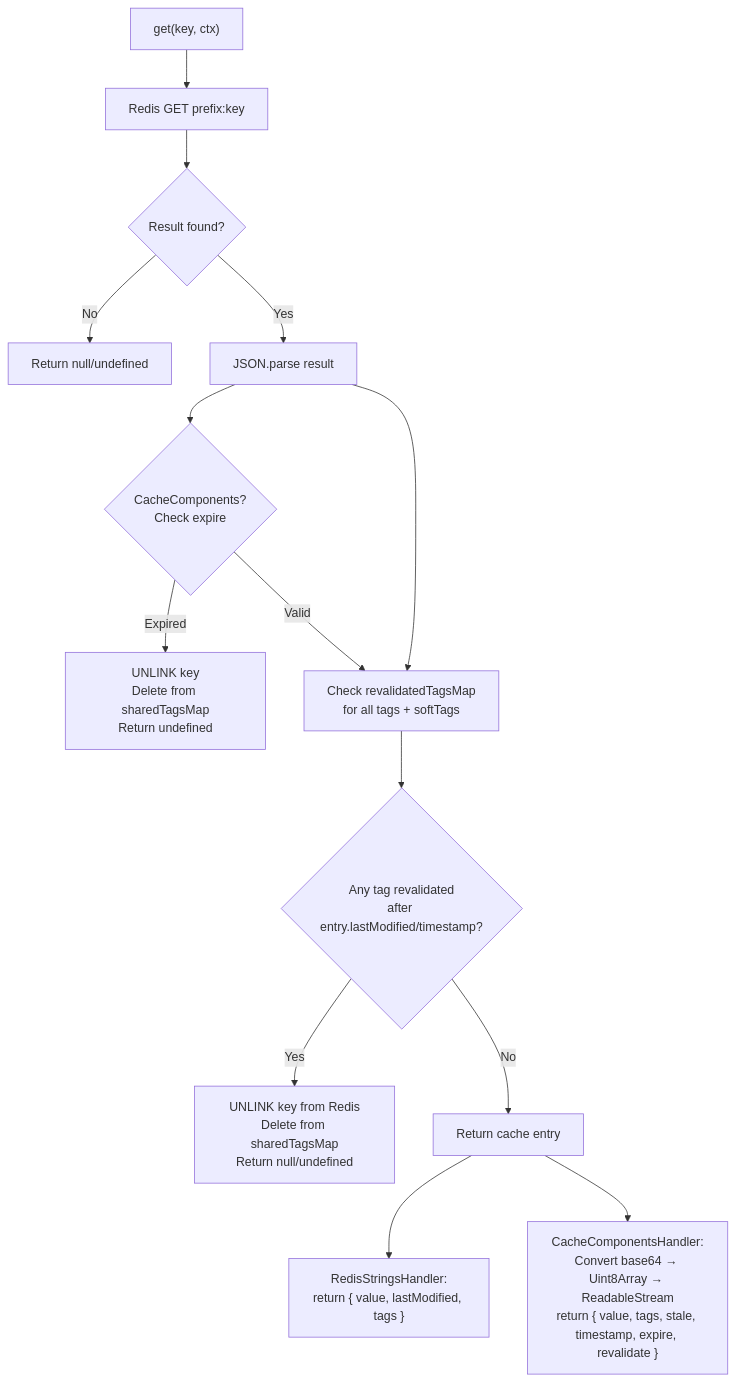
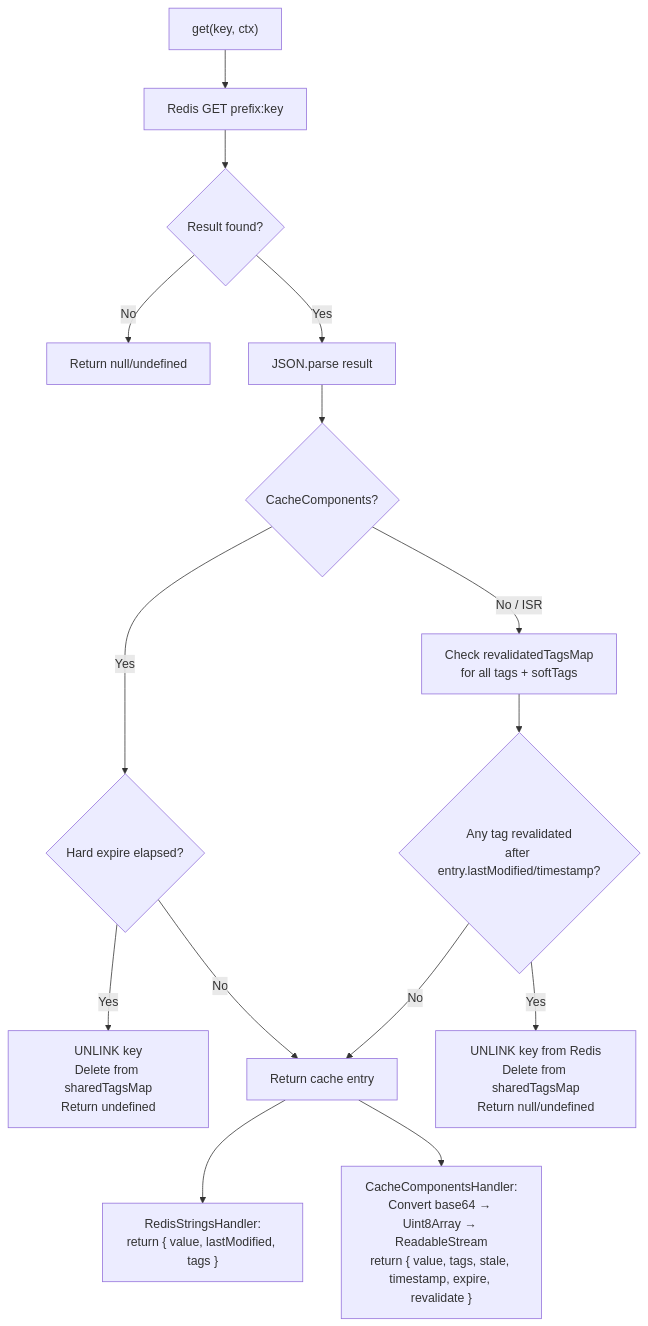
One commit to trieb-work/nextjs-turbo-redis-cache changed the sixth of 9 diagrams in ARCHITECTURE.md. Above: the diagram before and after it, drawn with Mermaid. The commit also changed other lines of this file and 12 other files, not shown here.

First line of the commit message:
fix: persist Cache Components tag revalidation without ESM require

````diff
--- a/ARCHITECTURE.md
+++ b/ARCHITECTURE.md
@@ -224,19 +224,20 @@
 ```mermaid
 flowchart TD
     A["get(key, ctx)"] --> B["Redis GET prefix:key"]
     B --> C{Result found?}
     C -->|No| RN["Return null/undefined"]
     C -->|Yes| D["JSON.parse result"]
 
-    D --> CC{CacheComponents?\nCheck expire}
-    CC -->|Expired| DEL1["UNLINK key\nDelete from sharedTagsMap\nReturn undefined"]
-    CC -->|Valid| E
+    D --> CC{CacheComponents?}
+    CC -->|Yes| EXP{"Hard expire elapsed?"}
+    EXP -->|Yes| DEL1["UNLINK key\nDelete from sharedTagsMap\nReturn undefined"]
+    EXP -->|No| H["Return cache entry"]
 
-    D --> E["Check revalidatedTagsMap\nfor all tags + softTags"]
+    CC -->|No / ISR| E["Check revalidatedTagsMap\nfor all tags + softTags"]
     E --> F{Any tag revalidated\nafter entry.lastModified/timestamp?}
     F -->|Yes| G["UNLINK key from Redis\nDelete from sharedTagsMap\nReturn null/undefined"]
-    F -->|No| H["Return cache entry"]
+    F -->|No| H
 
     H --> H2["RedisStringsHandler:\nreturn { value, lastModified, tags }"]
     H --> H3["CacheComponentsHandler:\nConvert base64 → Uint8Array → ReadableStream\nreturn { value, tags, stale, timestamp, expire, revalidate }"]
 ```
````
